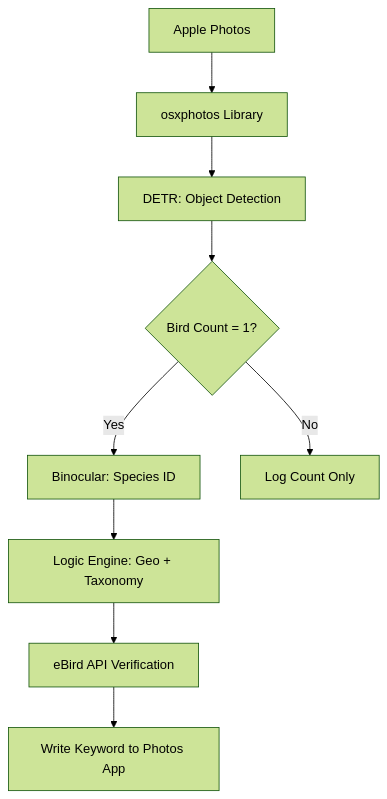
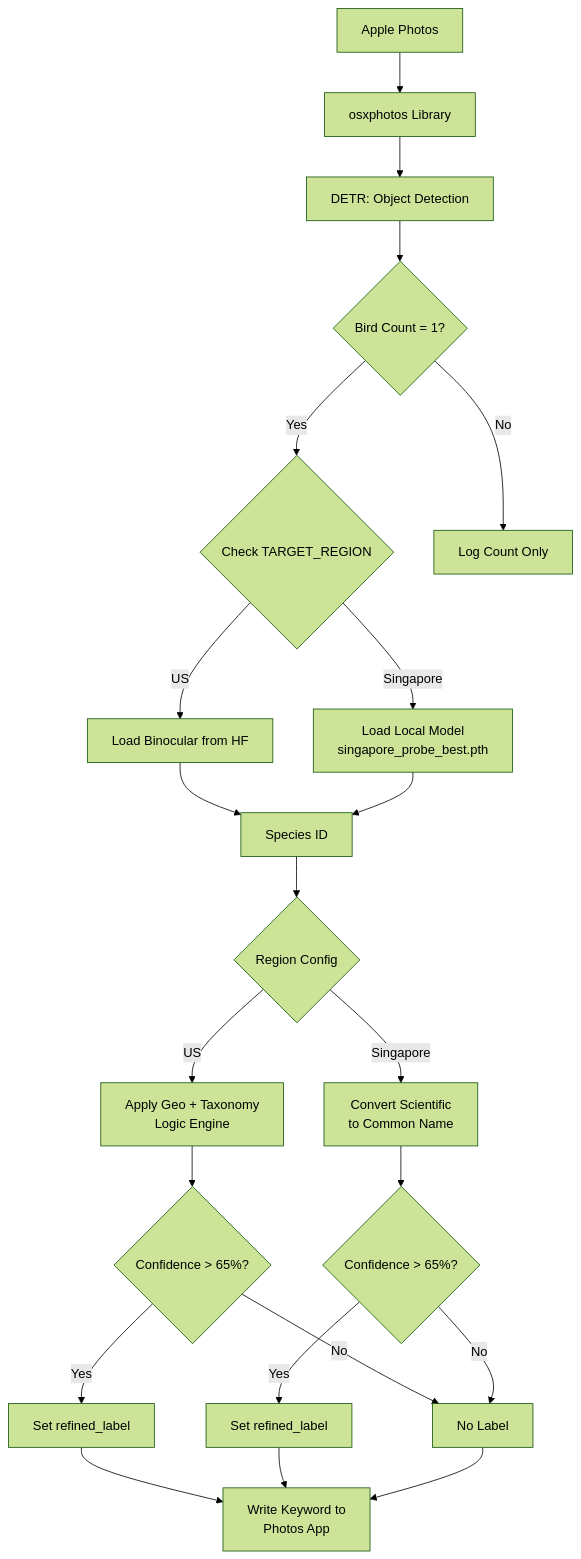
One commit to subashini7/bird-intelligence changed the diagram in README.md. Above: the diagram before and after it, drawn with Mermaid (forest theme). The commit also changed other lines of this file and 2 other files, not shown here.

First line of the commit message:
Add Singapore region support with local model loading and updated documentation

````diff
--- a/README.md
+++ b/README.md
@@ -37,11 +39,24 @@
 ```mermaid
 graph TD
     A[Apple Photos] --> B[osxphotos Library]
     B --> C[DETR: Object Detection]
     C --> D{Bird Count = 1?}
-    D -- Yes --> E[Binocular: Species ID]
-    E --> F[Logic Engine: Geo + Taxonomy]
-    F --> G[eBird API Verification]
-    G --> H[Write Keyword to Photos App]
+    D -- Yes --> E{Check TARGET_REGION}
     D -- No --> I[Log Count Only]
+    E -- US --> F1[Load Binocular from HF]
+    E -- Singapore --> F2[Load Local Model<br/>singapore_probe_best.pth]
+    F1 --> G1[Species ID]
+    F2 --> G1
+    G1 --> H{Region Config}
+    H -- US --> J1[Apply Geo + Taxonomy<br/>Logic Engine]
+    H -- Singapore --> J2[Convert Scientific<br/>to Common Name]
+    J1 --> K1{Confidence > 65%?}
+    J2 --> K2{Confidence > 65%?}
+    K1 -- Yes --> L1[Set refined_label]
+    K2 -- Yes --> L2[Set refined_label]
+    K1 -- No --> L3[No Label]
+    K2 -- No --> L3
+    L1 --> M[Write Keyword to<br/>Photos App]
+    L2 --> M
+    L3 --> M
 ```
````
